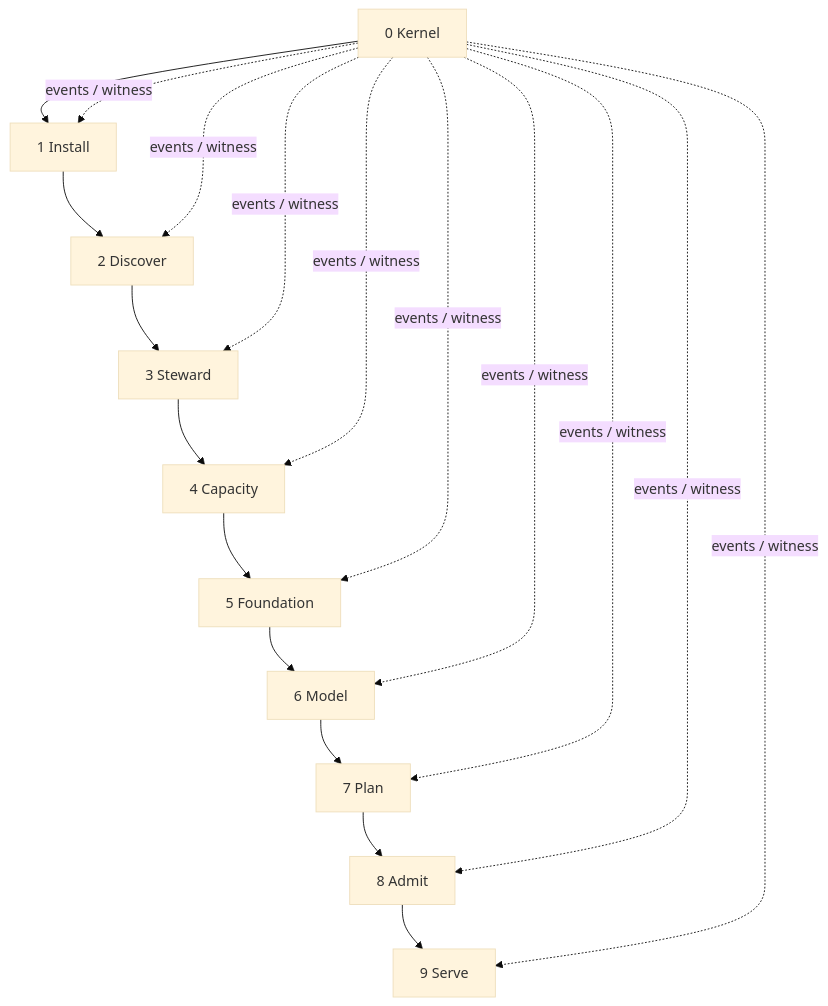
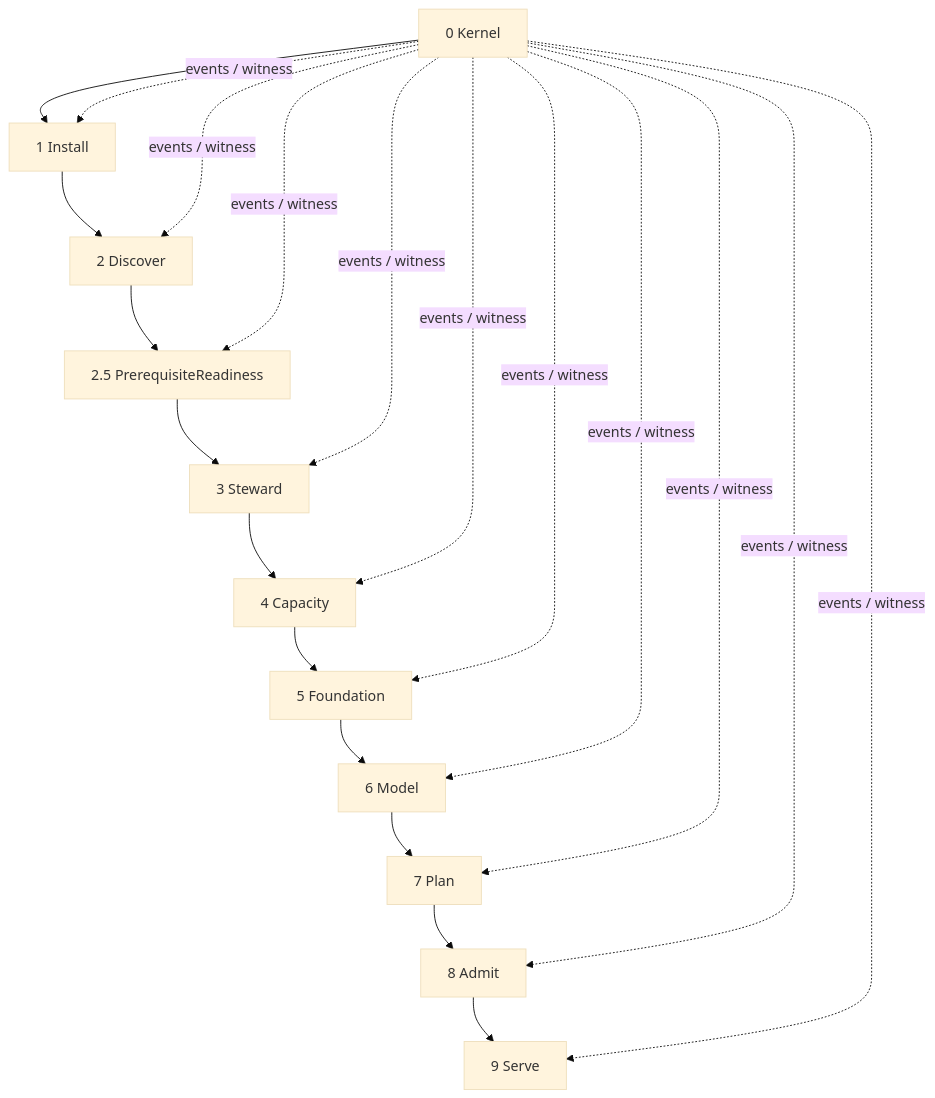
Before and after one commit to dlealvilla/local-ai-stack: the first of 3 diagrams in docs/machi/ARCHITECTURE.md, drawn with Mermaid (base theme). The commit also changed other lines of this file and 28 other files, not shown here.

First line of the commit message:
Implement PrerequisiteReadiness at Tier 2 with the AMD vendor-CLI adapter.

````diff
--- a/docs/machi/ARCHITECTURE.md
+++ b/docs/machi/ARCHITECTURE.md
@@ -133,21 +133,23 @@
 ```mermaid
 flowchart TD
   K[0 Kernel] --> I[1 Install]
   I --> D[2 Discover]
-  D --> S[3 Steward]
+  D --> R[2.5 PrerequisiteReadiness]
+  R --> S[3 Steward]
   S --> C[4 Capacity]
   C --> F[5 Foundation]
   F --> M[6 Model]
   M --> P[7 Plan]
   P --> A[8 Admit]
   A --> V[9 Serve]
   K -.events / witness.-> I
   K -.events / witness.-> D
+  K -.events / witness.-> R
   K -.events / witness.-> S
   K -.events / witness.-> C
   K -.events / witness.-> F
   K -.events / witness.-> M
   K -.events / witness.-> P
   K -.events / witness.-> A
   K -.events / witness.-> V
 ```
````
